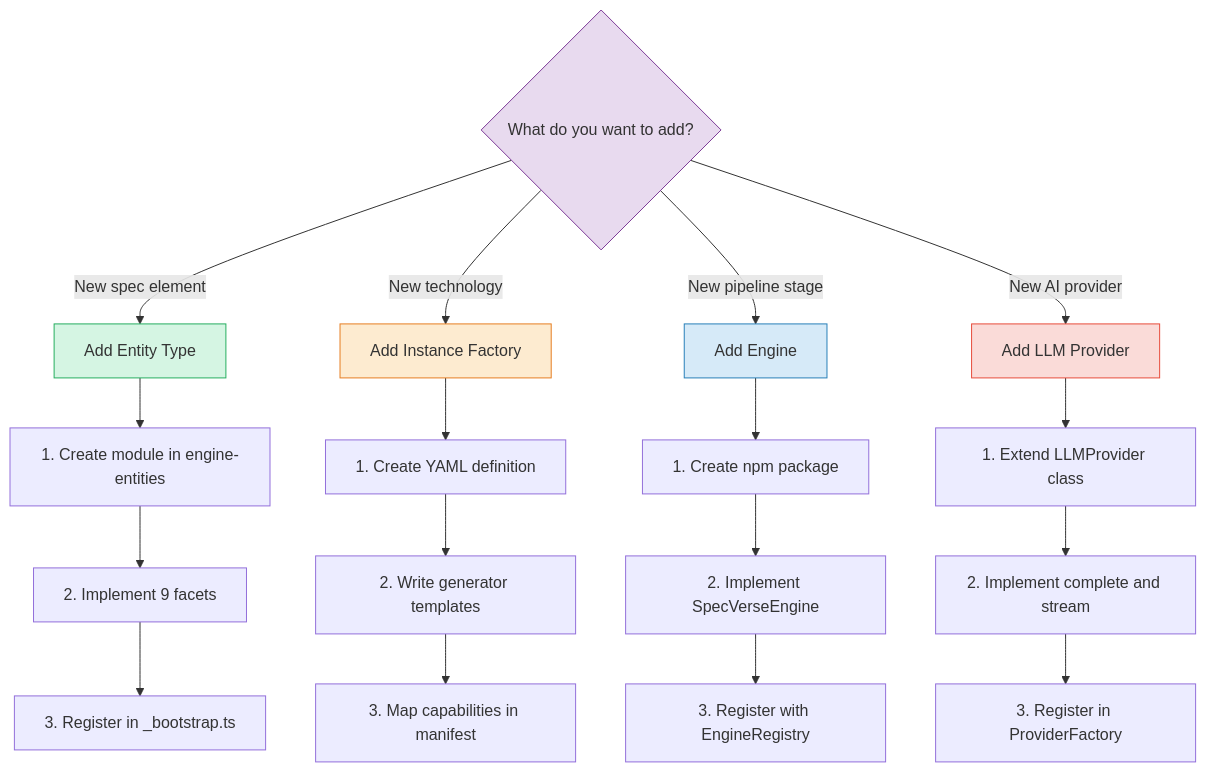
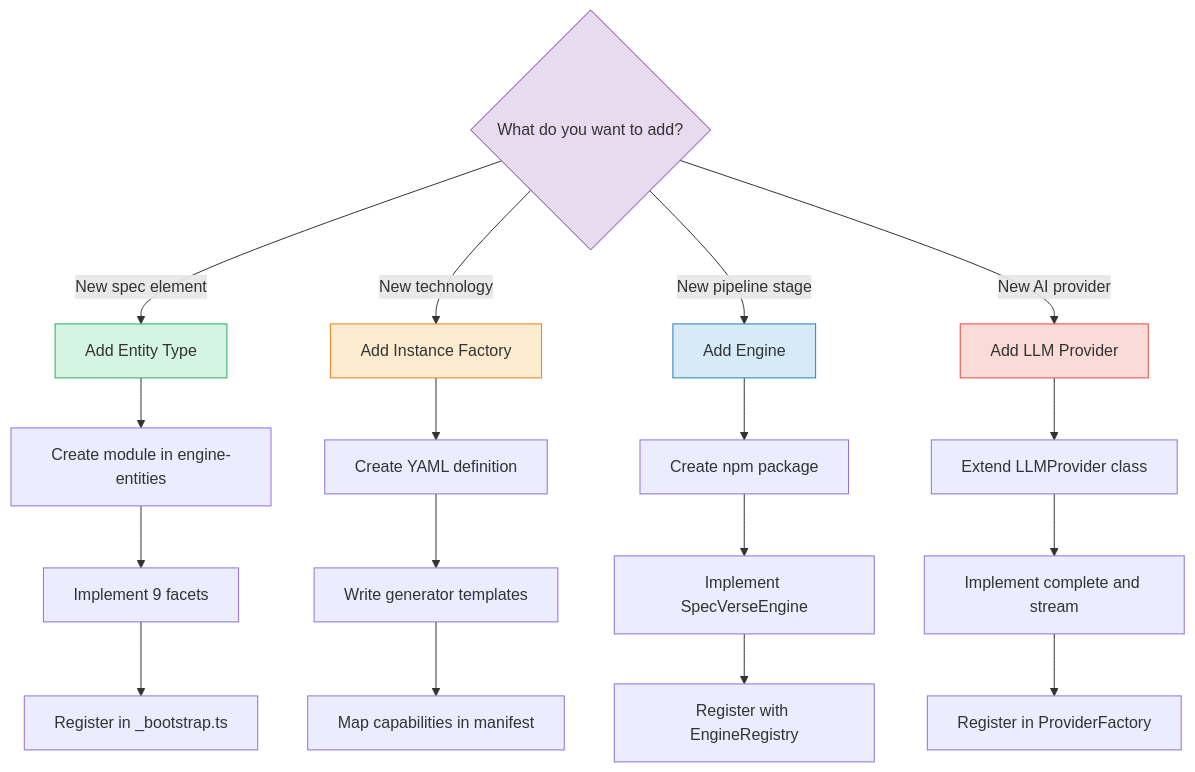
Before and after one commit to SpecVerse/specverse-self: the third of 3 diagrams in docs/SPECVERSE-GUIDE.md, drawn with Mermaid. The commit also changed other lines of this file, not shown here.

````diff
--- a/docs/SPECVERSE-GUIDE.md
+++ b/docs/SPECVERSE-GUIDE.md
@@ -837,31 +870,31 @@
 ```mermaid
 flowchart TD
     Q{What do you want to add?}
 
     Q -->|New spec element| ET[Add Entity Type]
     Q -->|New technology| IF[Add Instance Factory]
     Q -->|New pipeline stage| EN[Add Engine]
     Q -->|New AI provider| LP[Add LLM Provider]
 
-    ET --> ET1[1. Create module in engine-entities]
-    ET1 --> ET2[2. Implement 9 facets]
-    ET2 --> ET3[3. Register in _bootstrap.ts]
+    ET --> ET1[Create module in engine-entities]
+    ET1 --> ET2[Implement 9 facets]
+    ET2 --> ET3[Register in _bootstrap.ts]
 
-    IF --> IF1[1. Create YAML definition]
-    IF1 --> IF2[2. Write generator templates]
-    IF2 --> IF3[3. Map capabilities in manifest]
+    IF --> IF1[Create YAML definition]
+    IF1 --> IF2[Write generator templates]
+    IF2 --> IF3[Map capabilities in manifest]
 
-    EN --> EN1[1. Create npm package]
-    EN1 --> EN2[2. Implement SpecVerseEngine]
-    EN2 --> EN3[3. Register with EngineRegistry]
+    EN --> EN1[Create npm package]
+    EN1 --> EN2[Implement SpecVerseEngine]
+    EN2 --> EN3[Register with EngineRegistry]
 
-    LP --> LP1[1. Extend LLMProvider class]
-    LP1 --> LP2[2. Implement complete and stream]
-    LP2 --> LP3[3. Register in ProviderFactory]
+    LP --> LP1[Extend LLMProvider class]
+    LP1 --> LP2[Implement complete and stream]
+    LP2 --> LP3[Register in ProviderFactory]
 
     style Q fill:#e8daef,stroke:#7d3c98
     style ET fill:#d5f5e3,stroke:#27ae60
     style IF fill:#fdebd0,stroke:#e67e22
     style EN fill:#d6eaf8,stroke:#2980b9
     style LP fill:#fadbd8,stroke:#e74c3c
 ```
````
